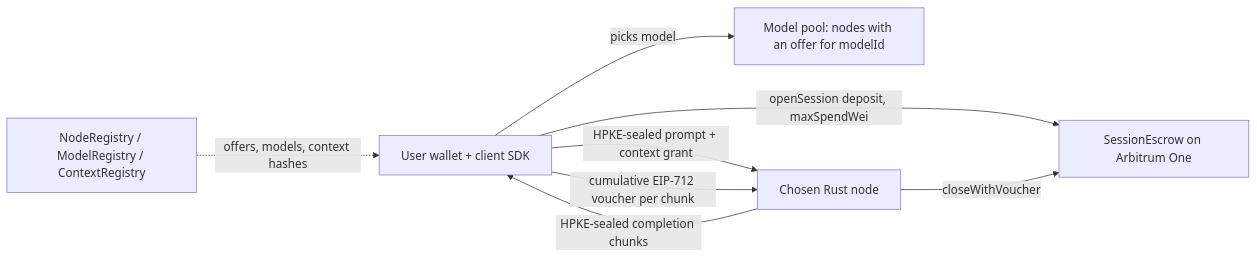
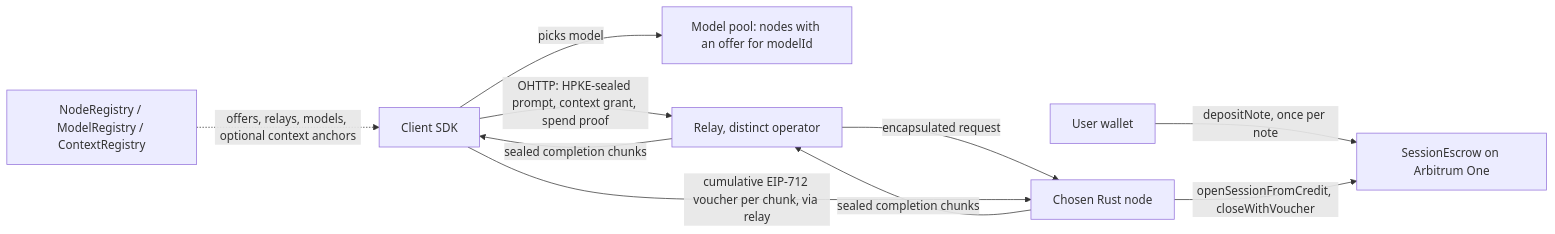
Before and after one commit to Comuns-ai/comuns: the diagram in docs/project-charter.md, drawn with Mermaid. The commit also changed other lines of this file and 43 other files, not shown here.

````diff
--- a/docs/project-charter.md
+++ b/docs/project-charter.md
@@ -53,10 +56,12 @@
 ```mermaid
 flowchart LR
-  U[User wallet + client SDK] -->|picks model| P[Model pool: nodes with an offer for modelId]
-  U -->|openSession deposit, maxSpendWei| E[SessionEscrow on Arbitrum One]
-  U -->|HPKE-sealed prompt + context grant| N[Chosen Rust node]
-  N -->|HPKE-sealed completion chunks| U
-  U -->|cumulative EIP-712 voucher per chunk| N
-  N -->|closeWithVoucher| E
-  R[NodeRegistry / ModelRegistry / ContextRegistry] -.offers, models, context hashes.-> U
+  W[User wallet] -->|depositNote, once per note| E[SessionEscrow on Arbitrum One]
+  U[Client SDK] -->|picks model| P[Model pool: nodes with an offer for modelId]
+  U -->|OHTTP: HPKE-sealed prompt, context grant, spend proof| Y[Relay, distinct operator]
+  Y -->|encapsulated request| N[Chosen Rust node]
+  N -->|openSessionFromCredit, closeWithVoucher| E
+  N -->|sealed completion chunks| Y
+  Y -->|sealed completion chunks| U
+  U -->|cumulative EIP-712 voucher per chunk, via relay| N
+  R[NodeRegistry / ModelRegistry / ContextRegistry] -.offers, relays, models, optional context anchors.-> U
 ```
````
